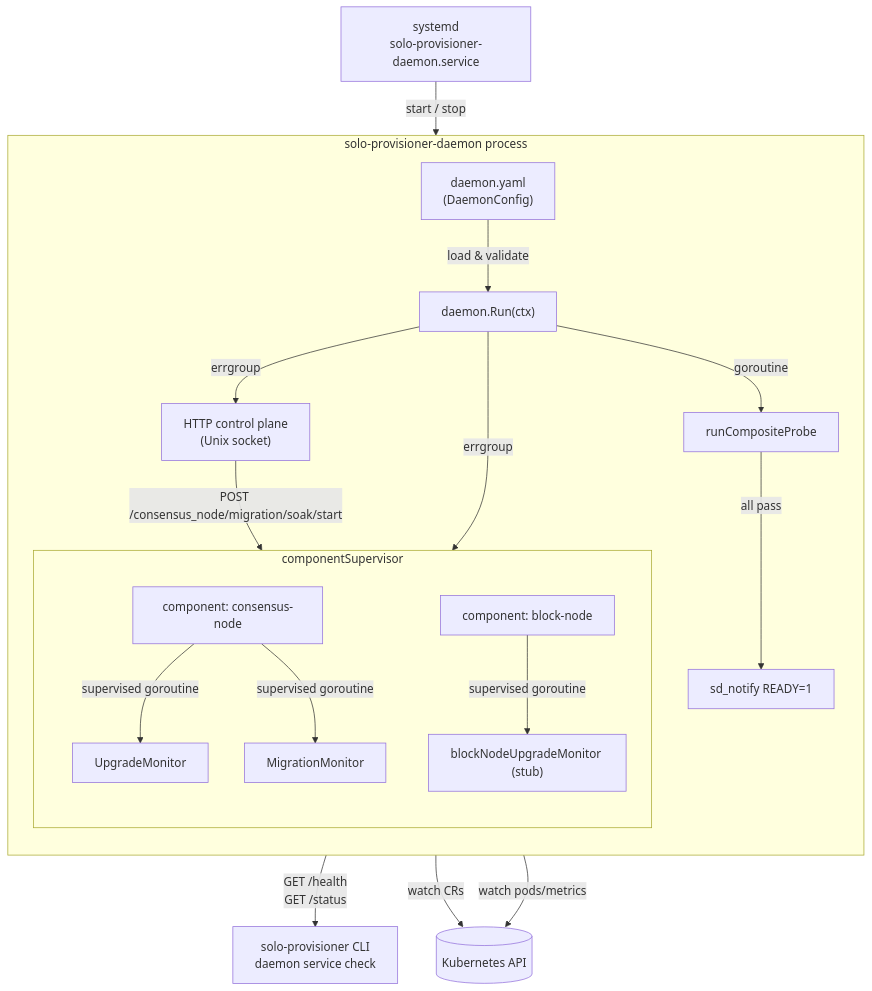
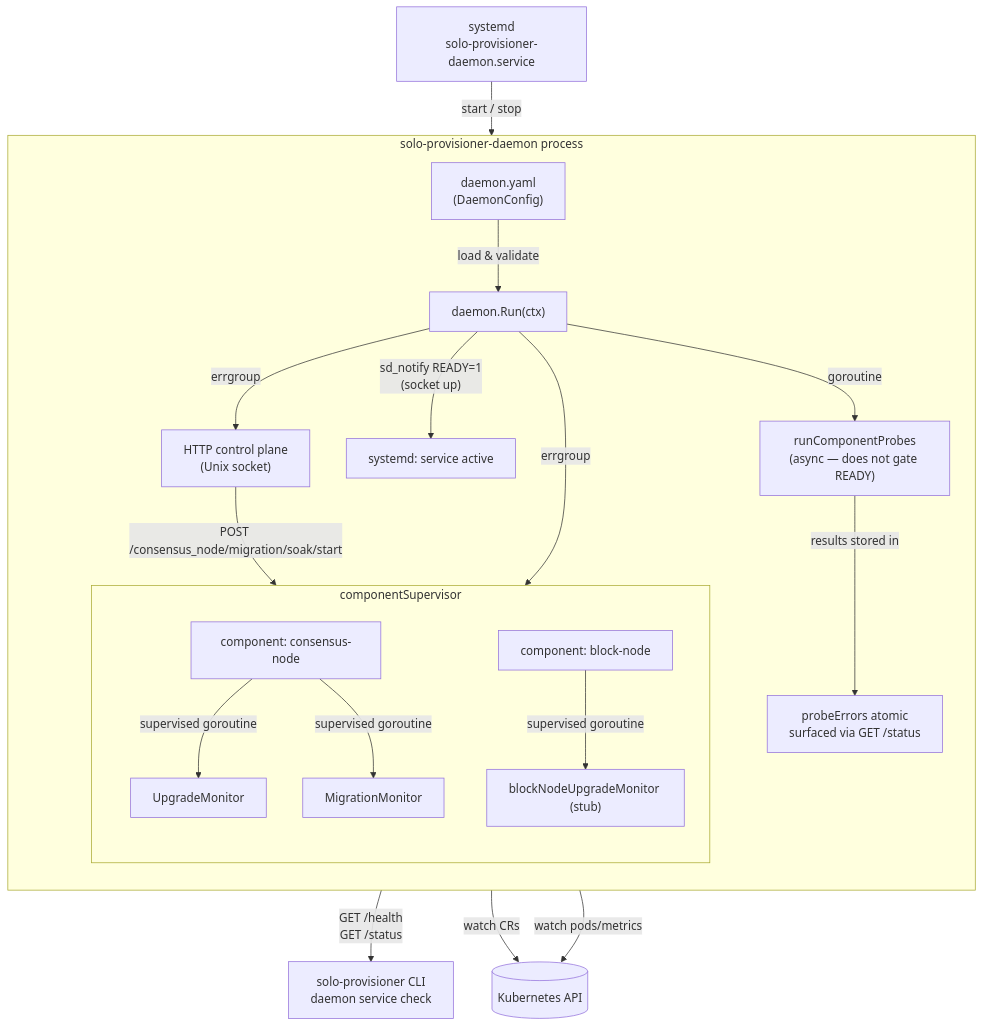
One commit to hashgraph/solo-weaver changed the first of 5 diagrams in docs/dev/daemon/daemon-architecture.md. Above: the diagram before and after it, drawn with Mermaid. The commit also changed other lines of this file and 3 other files, not shown here.

First line of the commit message:
fix(daemon): gate install exit code on component probe results

````diff
--- a/docs/dev/daemon/daemon-architecture.md
+++ b/docs/dev/daemon/daemon-architecture.md
@@ -27,29 +27,30 @@
 ```mermaid
 graph TD
     systemd["systemd\nsolo-provisioner-daemon.service"] -->|start / stop| daemon
 
     subgraph daemon["solo-provisioner-daemon process"]
         direction TB
         cfg["daemon.yaml\n(DaemonConfig)"] -->|load & validate| run
         run["daemon.Run(ctx)"]
         run -->|errgroup| http["HTTP control plane\n(Unix socket)"]
         run -->|errgroup| sup["componentSupervisor"]
-        run -->|goroutine| probe["runCompositeProbe"]
+        run -->|"sd_notify READY=1\n(socket up)"| sdnotify["systemd: service active"]
+        run -->|goroutine| probe["runComponentProbes\n(async — does not gate READY)"]
 
         subgraph sup["componentSupervisor"]
             direction TB
             cn_comp["component: consensus-node"]
             bn_comp["component: block-node"]
             cn_comp -->|supervised goroutine| up_mon["UpgradeMonitor"]
             cn_comp -->|supervised goroutine| mig_mon["MigrationMonitor"]
             bn_comp -->|supervised goroutine| bn_mon["blockNodeUpgradeMonitor (stub)"]
         end
 
-        probe -->|all pass| sdnotify["sd_notify READY=1"]
+        probe -->|results stored in| probeErrors["probeErrors atomic\nsurfaced via GET /status"]
     end
 
     http -->|"GET /health\nGET /status"| cli["solo-provisioner CLI\ndaemon service check"]
     http -->|"POST /consensus_node/migration/soak/start"| mig_mon
     up_mon -->|watch CRs| k8s[("Kubernetes API")]
     mig_mon -->|watch pods/metrics| k8s
 ```
````
